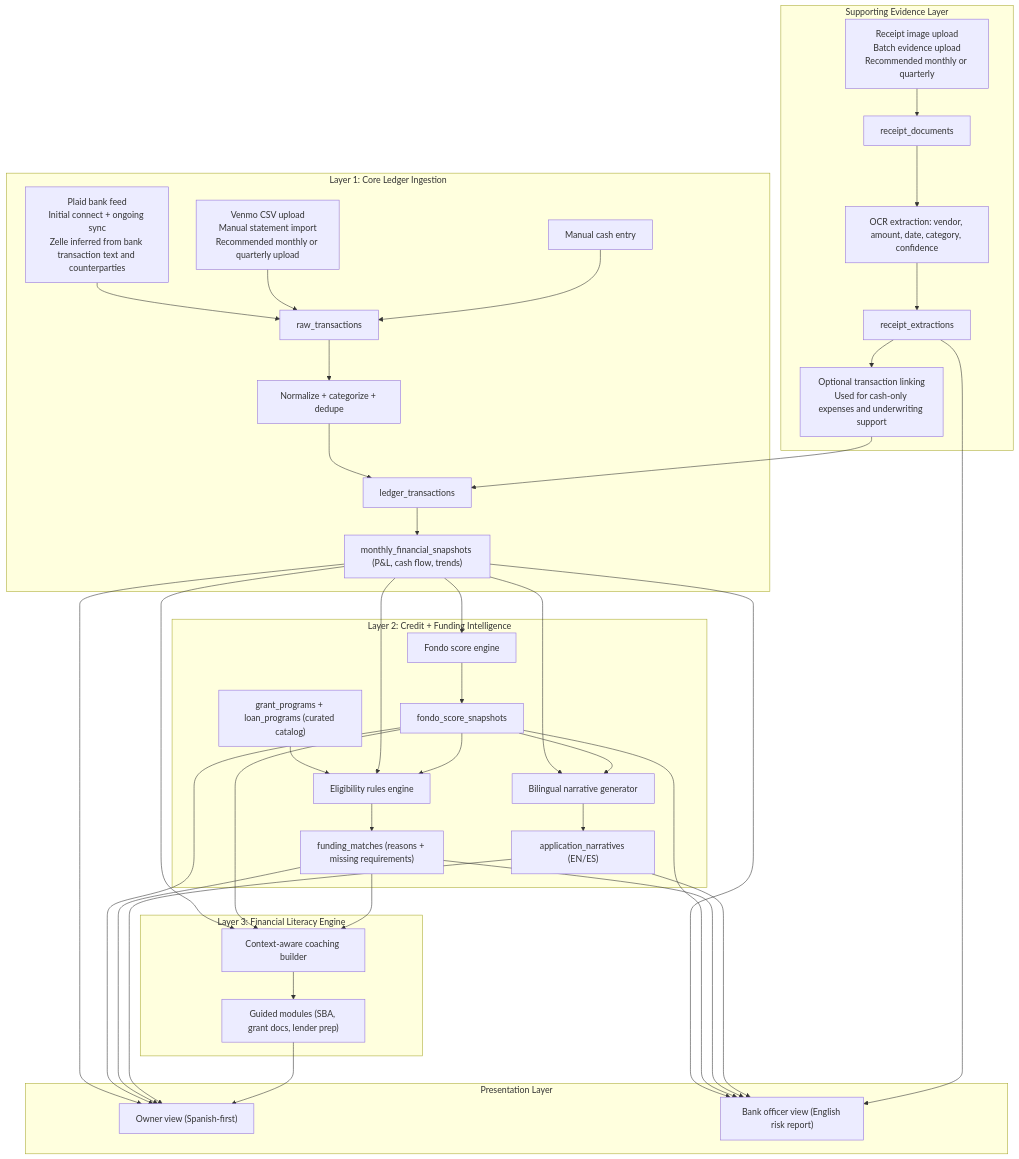
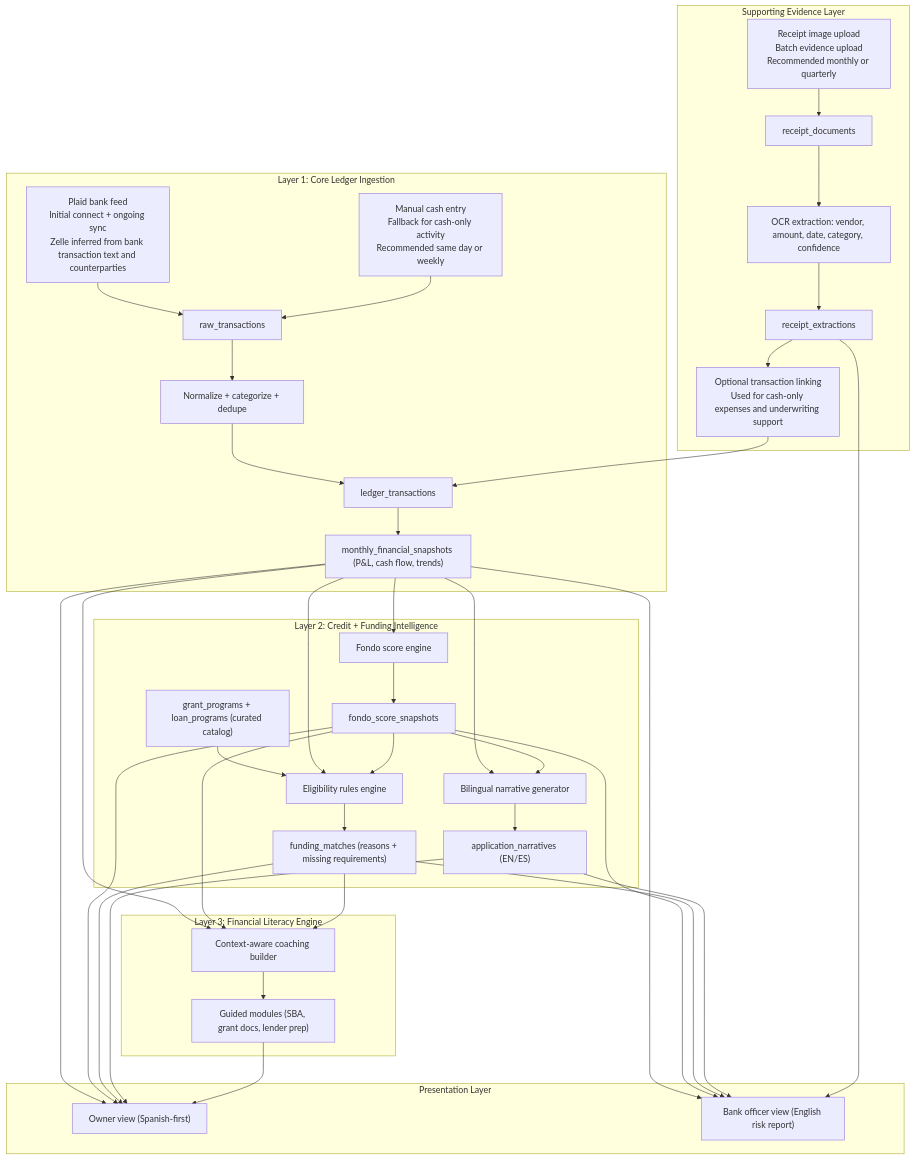
The diagram in docs/architecture-flow.md (harsenyan3/Fundalo), drawn with Mermaid before and after one commit. The commit also changed 4 other files, not shown here.

Commit message:
Remove Venmo CSV from ingestion design

````diff
--- a/docs/architecture-flow.md
+++ b/docs/architecture-flow.md
@@ -3,62 +3,61 @@
 ```mermaid
 flowchart TD
     subgraph L1["Layer 1: Core Ledger Ingestion"]
         A1["Plaid bank feed
 Initial connect + ongoing sync
 Zelle inferred from bank transaction text and counterparties"] --> B1["raw_transactions"]
-        A2["Venmo CSV upload
-Manual statement import
-Recommended monthly or quarterly upload"] --> B1
-        A3["Manual cash entry"] --> B1
+        A3["Manual cash entry
+Fallback for cash-only activity
+Recommended same day or weekly"] --> B1
         B1 --> D1["Normalize + categorize + dedupe"]
         D1 --> B4["ledger_transactions"]
         B4 --> E1["monthly_financial_snapshots (P&L, cash flow, trends)"]
     end
 
     subgraph EVID["Supporting Evidence Layer"]
         A4["Receipt image upload
 Batch evidence upload
 Recommended monthly or quarterly"] --> B2["receipt_documents"]
         B2 --> C1["OCR extraction: vendor, amount, date, category, confidence"]
         C1 --> B3["receipt_extractions"]
         B3 --> C2["Optional transaction linking
 Used for cash-only expenses and underwriting support"]
         C2 --> B4
     end
 
     subgraph L2["Layer 2: Credit + Funding Intelligence"]
         E1 --> F1["Fondo score engine"]
         F1 --> B5["fondo_score_snapshots"]
         G1["grant_programs + loan_programs (curated catalog)"] --> H1["Eligibility rules engine"]
         E1 --> H1
         B5 --> H1
         H1 --> B6["funding_matches (reasons + missing requirements)"]
         E1 --> I1["Bilingual narrative generator"]
         B5 --> I1
         I1 --> B7["application_narratives (EN/ES)"]
     end
 
     subgraph L3["Layer 3: Financial Literacy Engine"]
         E1 --> J1["Context-aware coaching builder"]
         B5 --> J1
         B6 --> J1
         J1 --> K1["Guided modules (SBA, grant docs, lender prep)"]
     end
 
     subgraph V["Presentation Layer"]
         V1["Owner view (Spanish-first)"]
         V2["Bank officer view (English risk report)"]
     end
 
     E1 --> V1
     B5 --> V1
     B6 --> V1
     B7 --> V1
     K1 --> V1
 
     E1 --> V2
     B5 --> V2
     B6 --> V2
     B7 --> V2
     B3 --> V2
 ```
````
